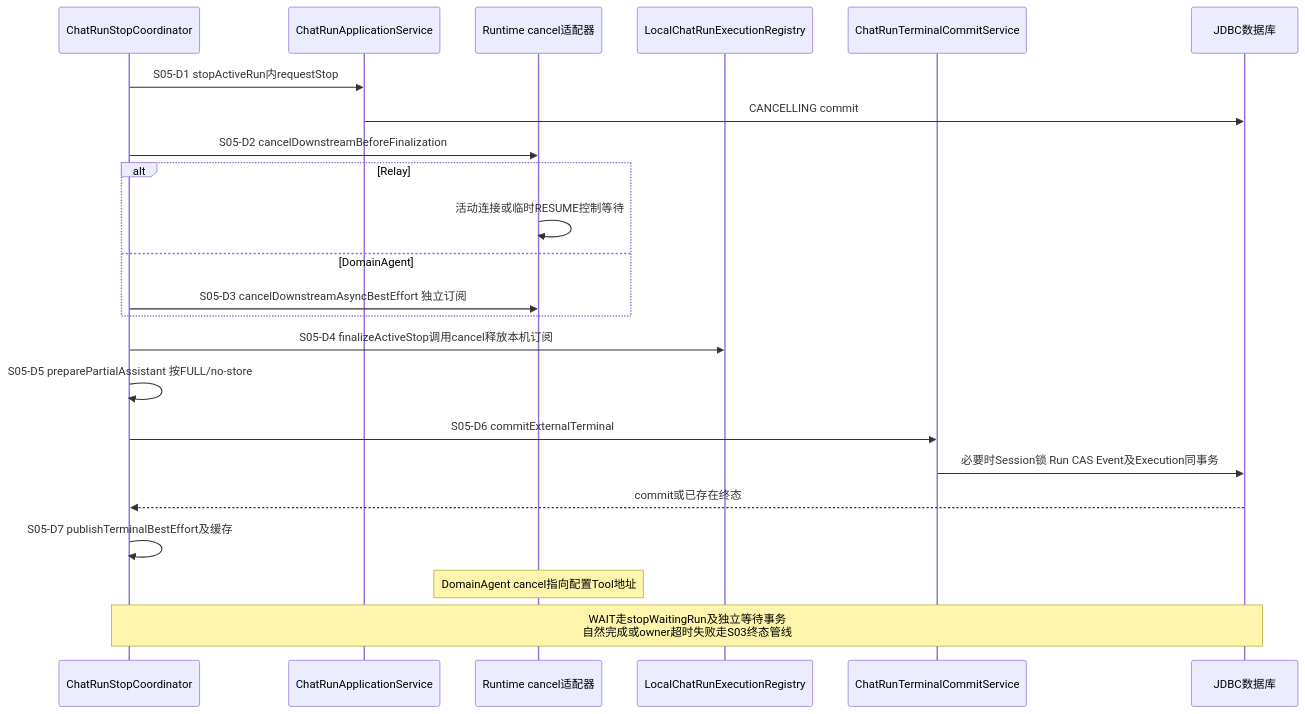
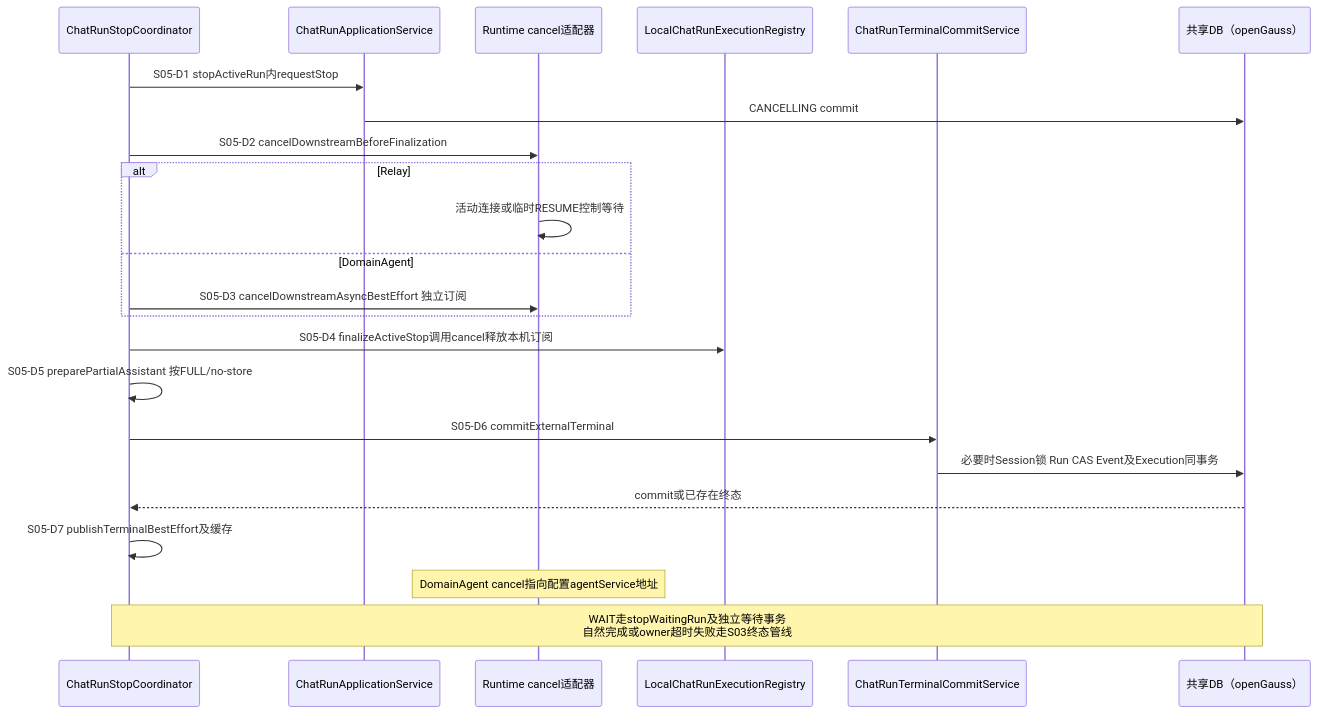
The tenth of 24 diagrams in docs/architecture/high-availability/scenarios.md (kunben-duck/exweb), drawn with Mermaid before and after one commit. The commit also changed other lines of this file and 9 other files, not shown here.

````diff
--- a/docs/architecture/high-availability/scenarios.md
+++ b/docs/architecture/high-availability/scenarios.md
@@ -447,25 +554,25 @@
 ```mermaid
 sequenceDiagram
     participant ST as ChatRunStopCoordinator
     participant RUN as ChatRunApplicationService
     participant AD as Runtime cancel适配器
     participant REG as LocalChatRunExecutionRegistry
     participant T as ChatRunTerminalCommitService
-    participant DB as JDBC数据库
+    participant DB as 共享DB（openGauss）
     ST->>RUN: S05-D1 stopActiveRun内requestStop
     RUN->>DB: CANCELLING commit
     ST->>AD: S05-D2 cancelDownstreamBeforeFinalization
     alt Relay
         AD->>AD: 活动连接或临时RESUME控制等待
     else DomainAgent
         ST->>AD: S05-D3 cancelDownstreamAsyncBestEffort 独立订阅
     end
     ST->>REG: S05-D4 finalizeActiveStop调用cancel释放本机订阅
     ST->>ST: S05-D5 preparePartialAssistant 按FULL/no-store
     ST->>T: S05-D6 commitExternalTerminal
     T->>DB: 必要时Session锁 Run CAS Event及Execution同事务
     DB-->>ST: commit或已存在终态
     ST->>ST: S05-D7 publishTerminalBestEffort及缓存
-    Note over AD: DomainAgent cancel指向配置Tool地址
+    Note over AD: DomainAgent cancel指向配置agentService地址
     Note over ST,DB: WAIT走stopWaitingRun及独立等待事务<br/>自然完成或owner超时失败走S03终态管线
 ```
````
